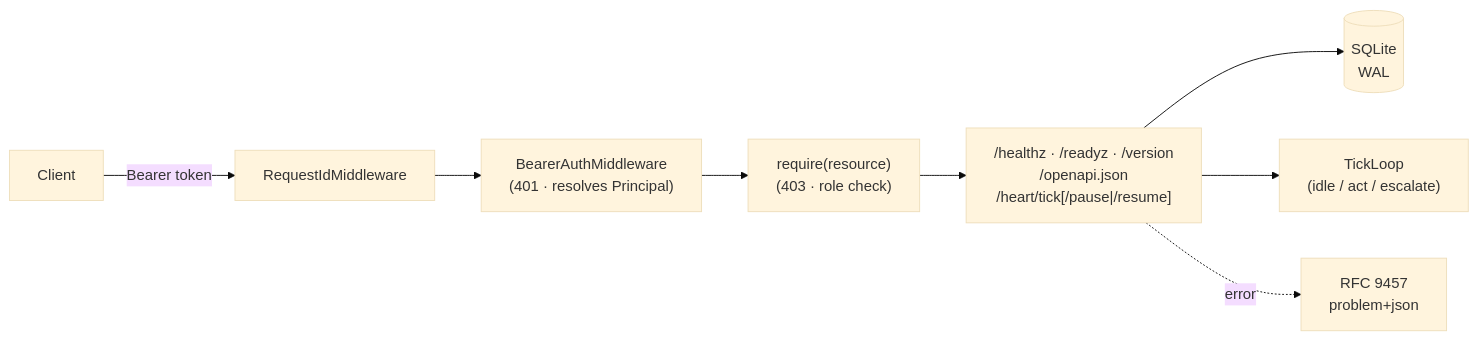
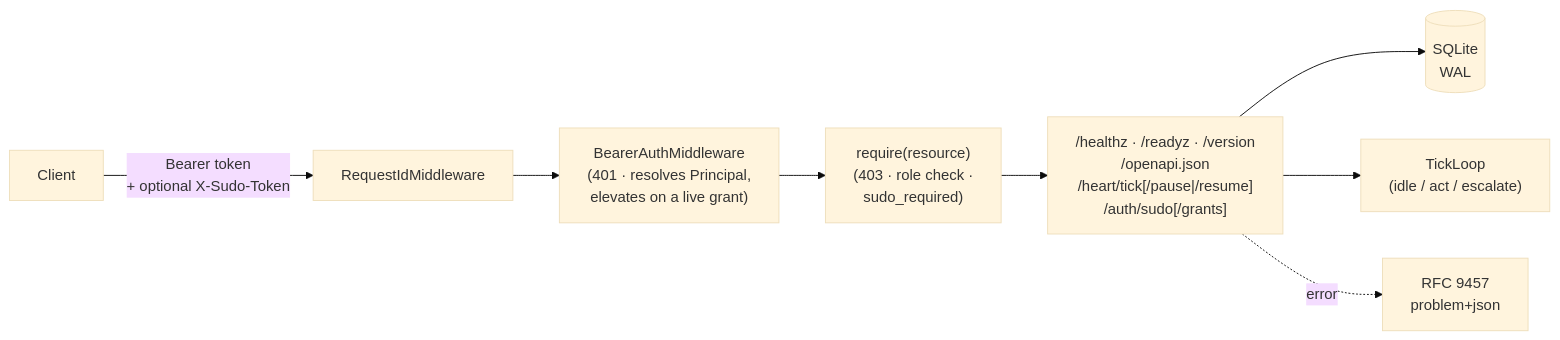
One commit to giacchetta/ansina changed the diagram in README.md. Above: the diagram before and after it, drawn with Mermaid (base theme). The commit also changed other lines of this file and 30 other files, not shown here.

````diff
--- a/README.md
+++ b/README.md
@@ -9,10 +9,10 @@
 ```mermaid
 flowchart LR
-    Client["Client"] -->|Bearer token| MW["RequestIdMiddleware"]
-    MW --> Auth["BearerAuthMiddleware<br/>(401 · resolves Principal)"]
-    Auth --> Authz["require(resource)<br/>(403 · role check)"]
-    Authz --> Routes["/healthz · /readyz · /version<br/>/openapi.json<br/>/heart/tick[/pause|/resume]"]
+    Client["Client"] -->|Bearer token<br/>+ optional X-Sudo-Token| MW["RequestIdMiddleware"]
+    MW --> Auth["BearerAuthMiddleware<br/>(401 · resolves Principal,<br/>elevates on a live grant)"]
+    Auth --> Authz["require(resource)<br/>(403 · role check ·<br/>sudo_required)"]
+    Authz --> Routes["/healthz · /readyz · /version<br/>/openapi.json<br/>/heart/tick[/pause|/resume]<br/>/auth/sudo[/grants]"]
     Routes --> DB[("SQLite<br/>WAL")]
     Routes --> Tick["TickLoop<br/>(idle / act / escalate)"]
     Routes -.error.-> Problem["RFC 9457<br/>problem+json"]
 ```
````
